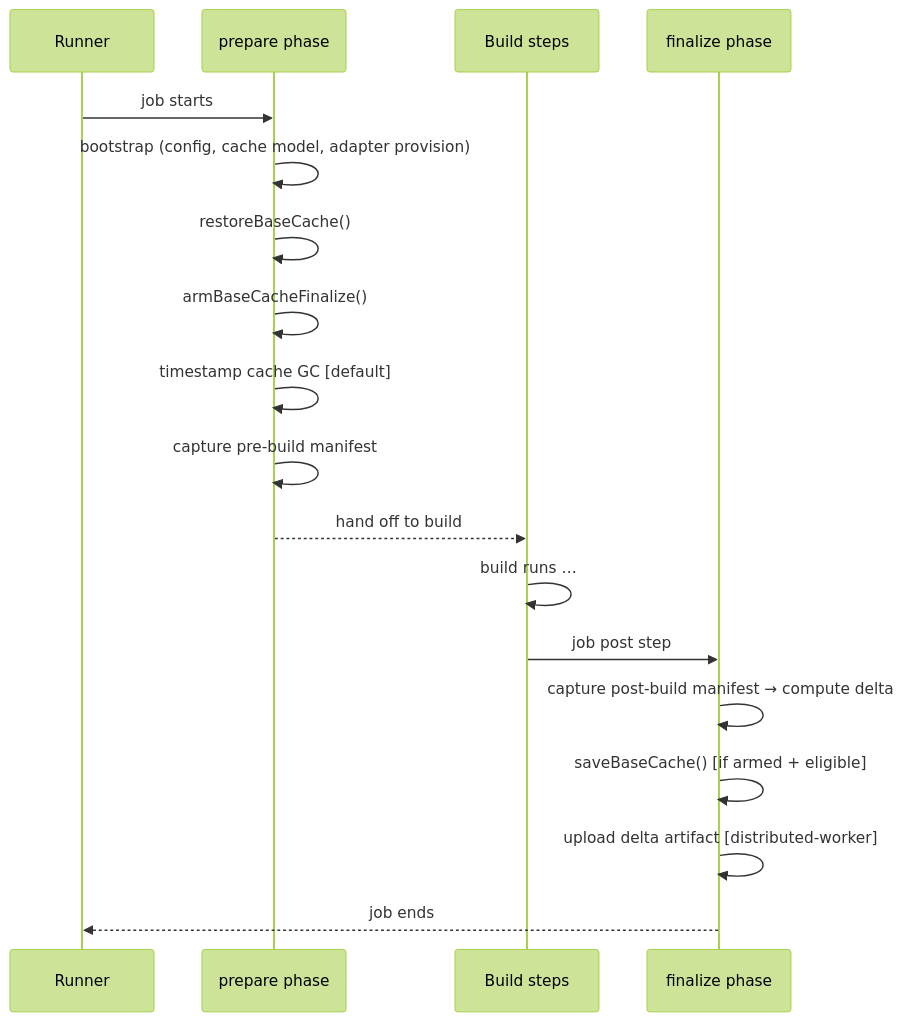
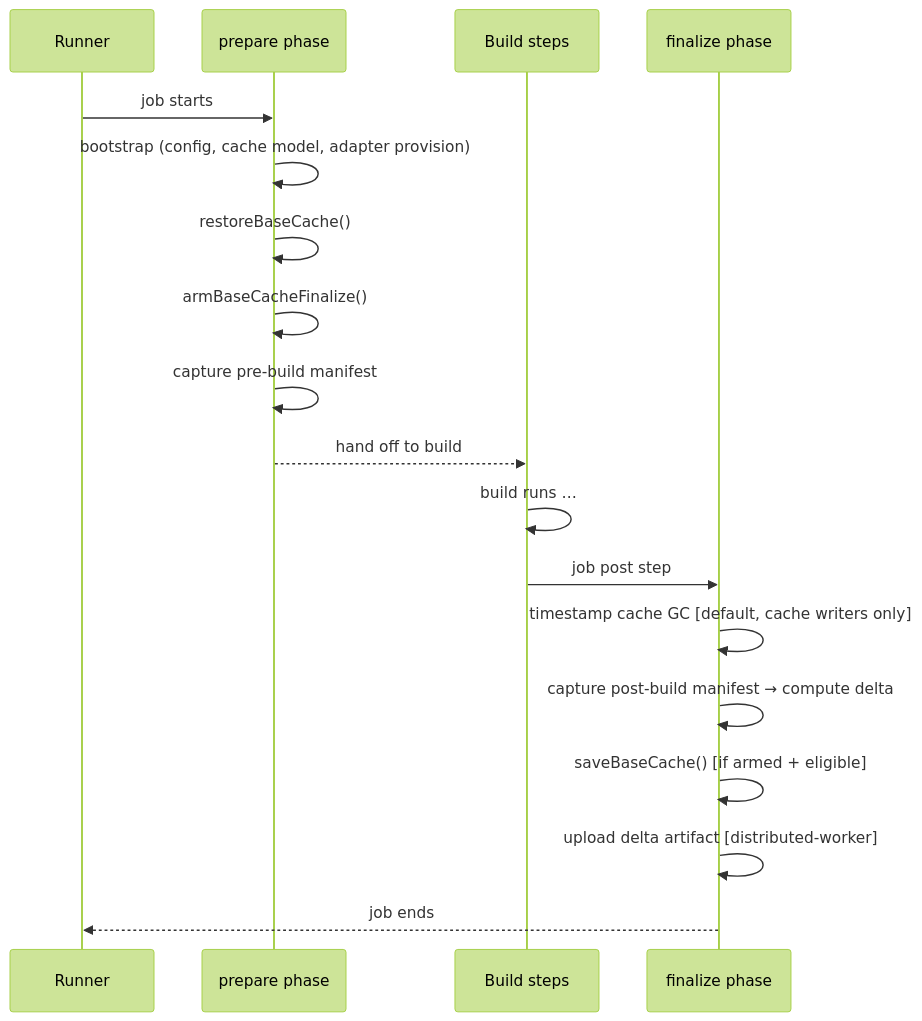
Before and after one commit to buildish-tooling/buildish-mammoth-cache: the first of 3 diagrams in docs/architecture/base-cache.md, drawn with Mermaid (forest theme).

````diff
--- a/docs/architecture/base-cache.md
+++ b/docs/architecture/base-cache.md
@@ -31,21 +31,21 @@
 ```mermaid
 sequenceDiagram
     participant R as Runner
     participant P as prepare phase
     participant B as Build steps
     participant F as finalize phase
 
     R->>P: job starts
     P->>P: bootstrap (config, cache model, adapter provision)
     P->>P: restoreBaseCache()
     P->>P: armBaseCacheFinalize()
-    P->>P: timestamp cache GC [default]
     P->>P: capture pre-build manifest
     P-->>B: hand off to build
     B->>B: build runs …
     B->>F: job post step
+    F->>F: timestamp cache GC [default, cache writers only]
     F->>F: capture post-build manifest → compute delta
     F->>F: saveBaseCache() [if armed + eligible]
     F->>F: upload delta artifact [distributed-worker]
     F-->>R: job ends
 ```
````
